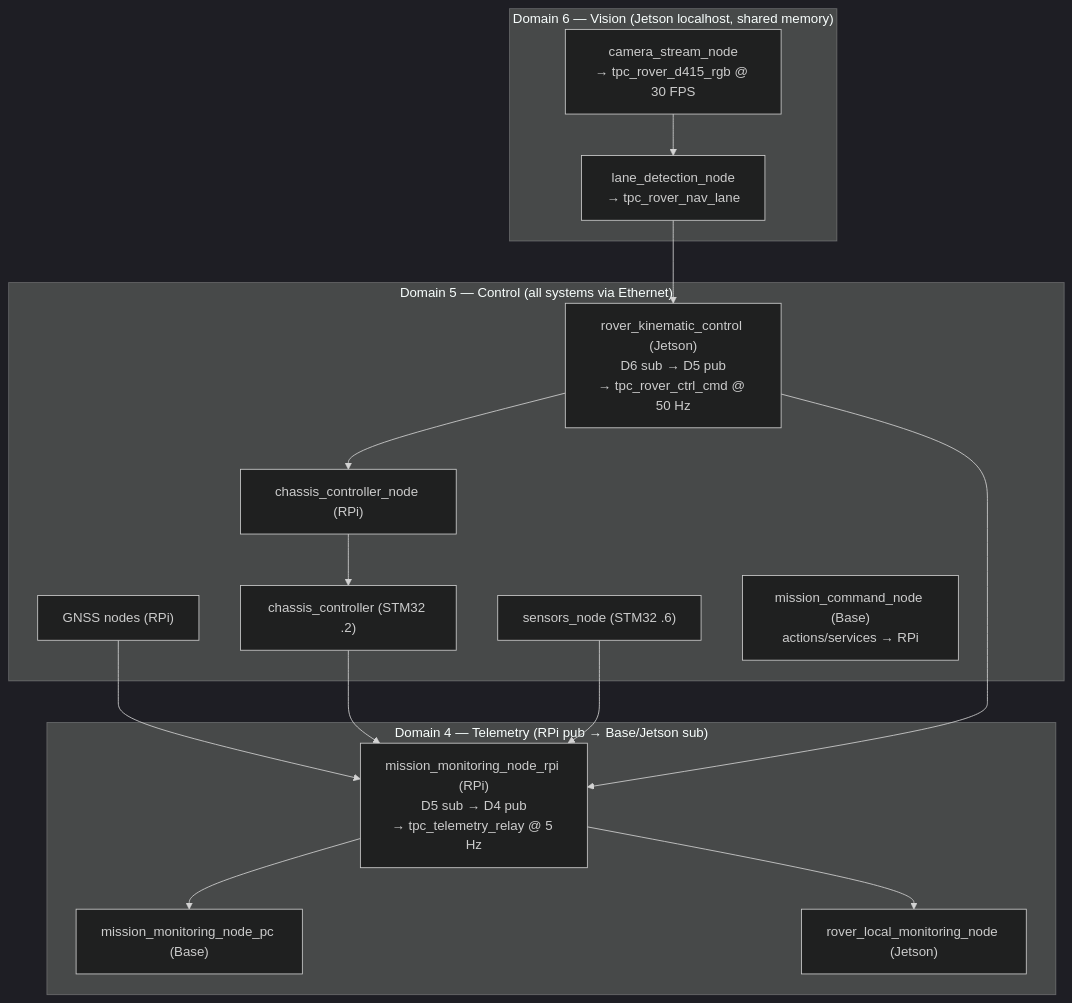
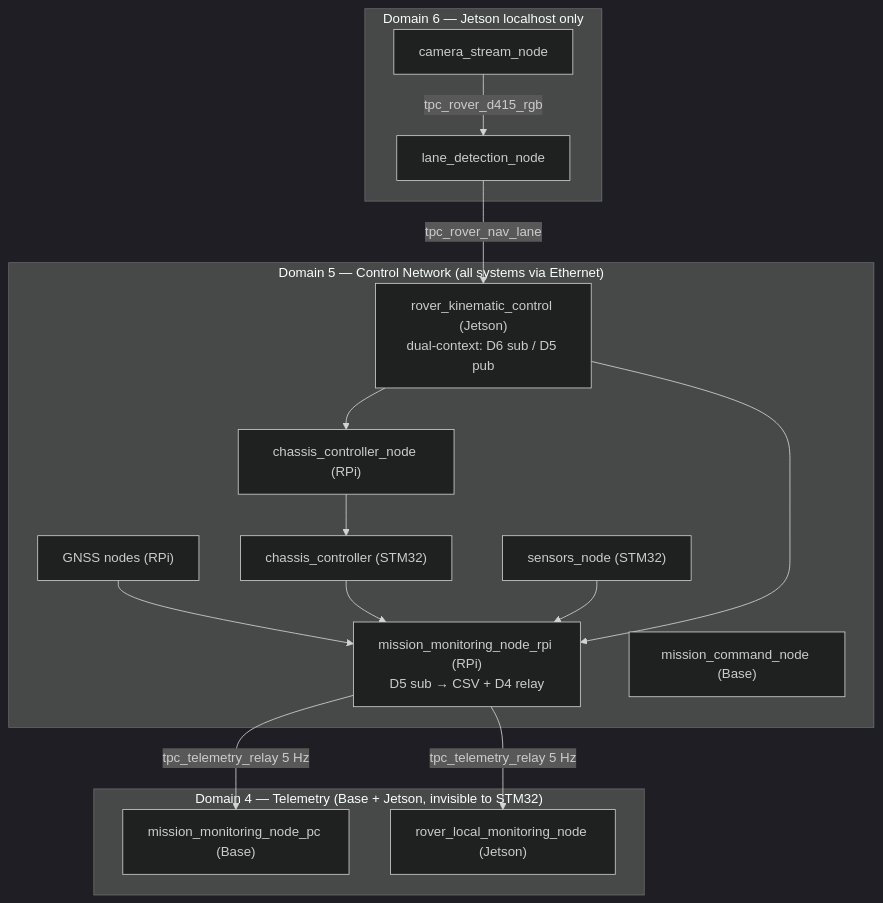
The diagram in docs/DOMAINS.md (RoboticsGG/almondmatcha), drawn with Mermaid (dark theme) before and after one commit. The commit also changed other lines of this file and 2 other files, not shown here.

First line of the commit message:
docs(multi-domain): condense docs, add BUG_INVESTIGATION_LOG

````diff
--- a/docs/DOMAINS.md
+++ b/docs/DOMAINS.md
@@ -17,31 +15,30 @@
 ```mermaid
 flowchart TB
-    subgraph D6["Domain 6 — Vision (Jetson localhost, shared memory)"]
-        CAM["camera_stream_node\n→ tpc_rover_d415_rgb @ 30 FPS"]
-        LANE["lane_detection_node\n→ tpc_rover_nav_lane"]
+    subgraph D6["Domain 6 — Jetson localhost only"]
+        CAM["camera_stream_node"] -->|tpc_rover_d415_rgb| LANE["lane_detection_node"]
     end
 
-    subgraph D5["Domain 5 — Control (all systems via Ethernet)"]
-        CTRL["rover_kinematic_control (Jetson)\nD6 sub → D5 pub\n→ tpc_rover_ctrl_cmd @ 50 Hz"]
+    subgraph D5["Domain 5 — Control Network (all systems via Ethernet)"]
+        CTRL["rover_kinematic_control (Jetson)\ndual-context: D6 sub / D5 pub"]
         CC["chassis_controller_node (RPi)"]
-        STM32C["chassis_controller (STM32 .2)"]
-        STM32S["sensors_node (STM32 .6)"]
+        STM32C["chassis_controller (STM32)"]
+        STM32S["sensors_node (STM32)"]
         GNSS["GNSS nodes (RPi)"]
-        CMD["mission_command_node (Base)\nactions/services → RPi"]
+        MON["mission_monitoring_node_rpi (RPi)\nD5 sub → CSV + D4 relay"]
+        CMD["mission_command_node (Base)"]
     end
 
-    subgraph D4["Domain 4 — Telemetry (RPi pub → Base/Jetson sub)"]
-        MON_RPi["mission_monitoring_node_rpi (RPi)\nD5 sub → D4 pub\n→ tpc_telemetry_relay @ 5 Hz"]
-        MON_PC["mission_monitoring_node_pc (Base)"]
-        MON_J["rover_local_monitoring_node (Jetson)"]
+    subgraph D4["Domain 4 — Telemetry (Base + Jetson, invisible to STM32)"]
+        PC["mission_monitoring_node_pc (Base)"]
+        JLOG["rover_local_monitoring_node (Jetson)"]
     end
 
-    CAM --> LANE --> CTRL
+    LANE -->|tpc_rover_nav_lane| CTRL
     CTRL --> CC --> STM32C
-    GNSS --> MON_RPi
-    STM32C --> MON_RPi
-    STM32S --> MON_RPi
-    CTRL --> MON_RPi
-    MON_RPi --> MON_PC
-    MON_RPi --> MON_J
+    GNSS --> MON
+    STM32C --> MON
+    STM32S --> MON
+    CTRL --> MON
+    MON -->|tpc_telemetry_relay 5 Hz| PC
+    MON -->|tpc_telemetry_relay 5 Hz| JLOG
 ```
````
